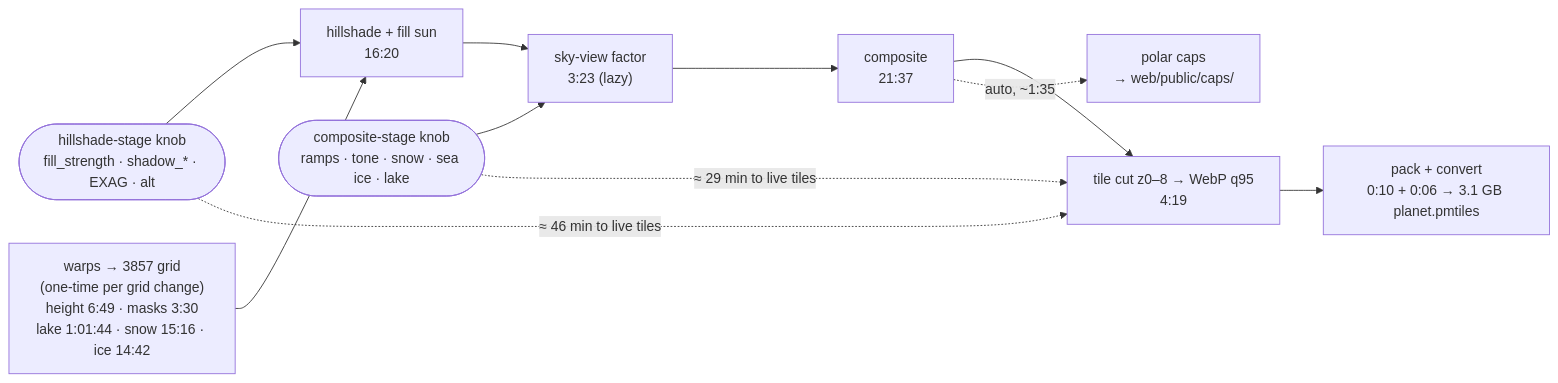
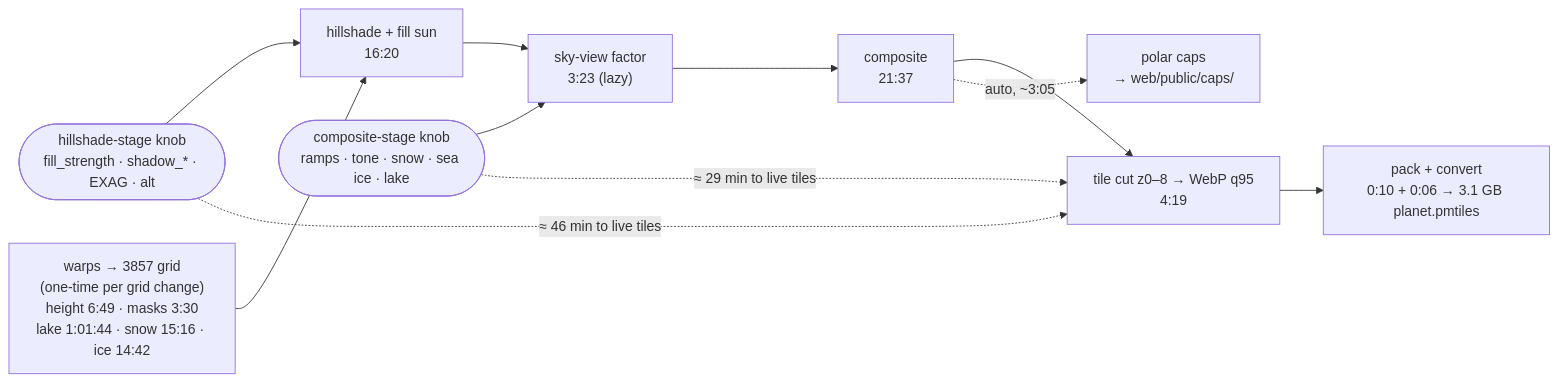
Before and after one commit to Alchez/terrella: the diagram in PROCESS.md, drawn with Mermaid. The commit also changed other lines of this file and 7 other files, not shown here.

````diff
--- a/PROCESS.md
+++ b/PROCESS.md
@@ -49,12 +49,12 @@
 ```mermaid
 flowchart LR
   HK(["hillshade-stage knob<br/>fill_strength · shadow_* · EXAG · alt"]) --> HS
   CK(["composite-stage knob<br/>ramps · tone · snow · sea ice · lake"]) --> SVF
 
   W["warps → 3857 grid<br/>(one-time per grid change)<br/>height 6:49 · masks 3:30<br/>lake 1:01:44 · snow 15:16 · ice 14:42"] --> HS
   HS["hillshade + fill sun<br/>16:20"] --> SVF["sky-view factor<br/>3:23 (lazy)"] --> C["composite<br/>21:37"] --> T["tile cut z0–8 → WebP q95<br/>4:19"] --> PK["pack + convert<br/>0:10 + 0:06 → 3.1 GB planet.pmtiles"]
-  C -. auto, ~1:35 .-> CAP["polar caps<br/>→ web/public/caps/"]
+  C -. auto, ~3:05 .-> CAP["polar caps<br/>→ web/public/caps/"]
 
   HK -. "≈ 46 min to live tiles" .-> T
   CK -. "≈ 29 min to live tiles" .-> T
 ```
````
